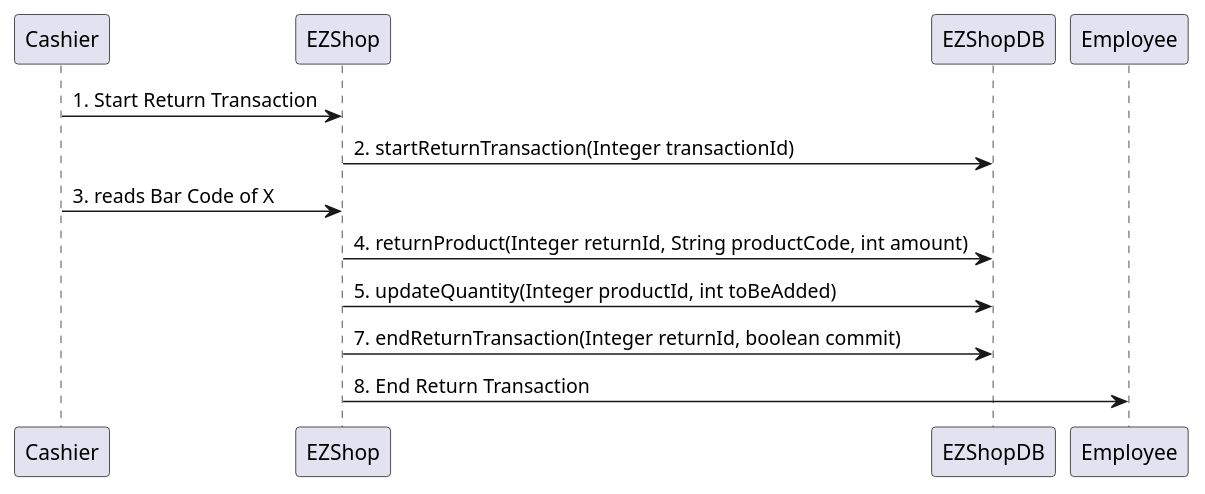
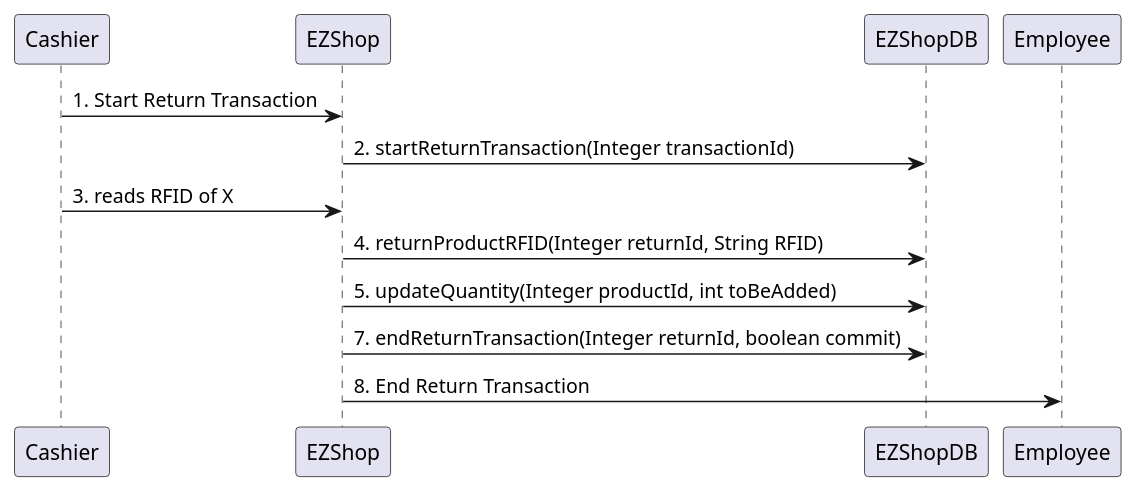
One commit to djemar/softeng_ezshop changed diagram 27 of 31 in Deliverables/DesignDocument.md. Above: the diagram before and after it, drawn with PlantUML. The commit also changed other lines of this file, not shown here.

````diff
--- a/Deliverables/DesignDocument.md
+++ b/Deliverables/DesignDocument.md
@@ -542,11 +549,11 @@
 ```plantuml
 "Cashier" -> "EZShop" : 1. Start Return Transaction
 
 "EZShop" -> "EZShopDB": 2. startReturnTransaction(Integer transactionId)
-"Cashier"->  "EZShop": 3. reads Bar Code of X
-"EZShop" -> "EZShopDB": 4. returnProduct(Integer returnId, String productCode, int amount)
+"Cashier"->  "EZShop": 3. reads RFID of X
+"EZShop" -> "EZShopDB": 4. returnProductRFID(Integer returnId, String RFID)
 "EZShop" -> "EZShopDB" : 5. updateQuantity(Integer productId, int toBeAdded)
 "EZShop" -> "EZShopDB": 7. endReturnTransaction(Integer returnId, boolean commit)
 "EZShop" -> "Employee" : 8. End Return Transaction
 
 ```
````
